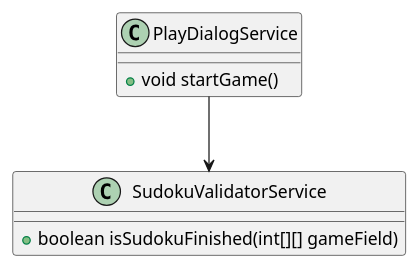
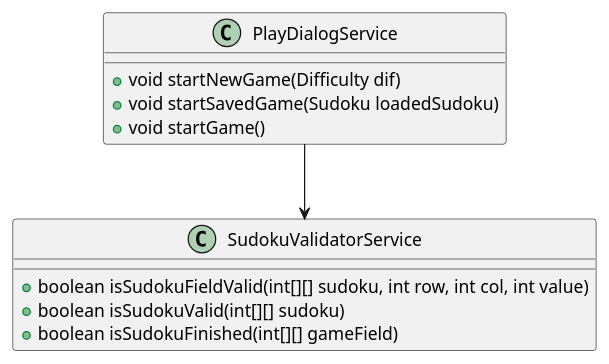
The diagram in uml/refacotring/rename_method_vorher.puml (mohjohfox/cli-sudoku), drawn with PlantUML before and after one commit. The commit also changed 15 other files, not shown here.

```diff
--- a/uml/refacotring/rename_method_vorher.puml
+++ b/uml/refacotring/rename_method_vorher.puml
@@ -1,11 +1,15 @@
 @startuml
 class SudokuValidatorService {
+	+ boolean isSudokuFieldValid(int[][] sudoku, int row, int col, int value)
+	+ boolean isSudokuValid(int[][] sudoku)
    + boolean isSudokuFinished(int[][] gameField)
 }
 
 class PlayDialogService {
+   + void startNewGame(Difficulty dif) 
+   + void startSavedGame(Sudoku loadedSudoku)
    + void startGame()
 }
 
 PlayDialogService -->SudokuValidatorService
 @enduml
```
